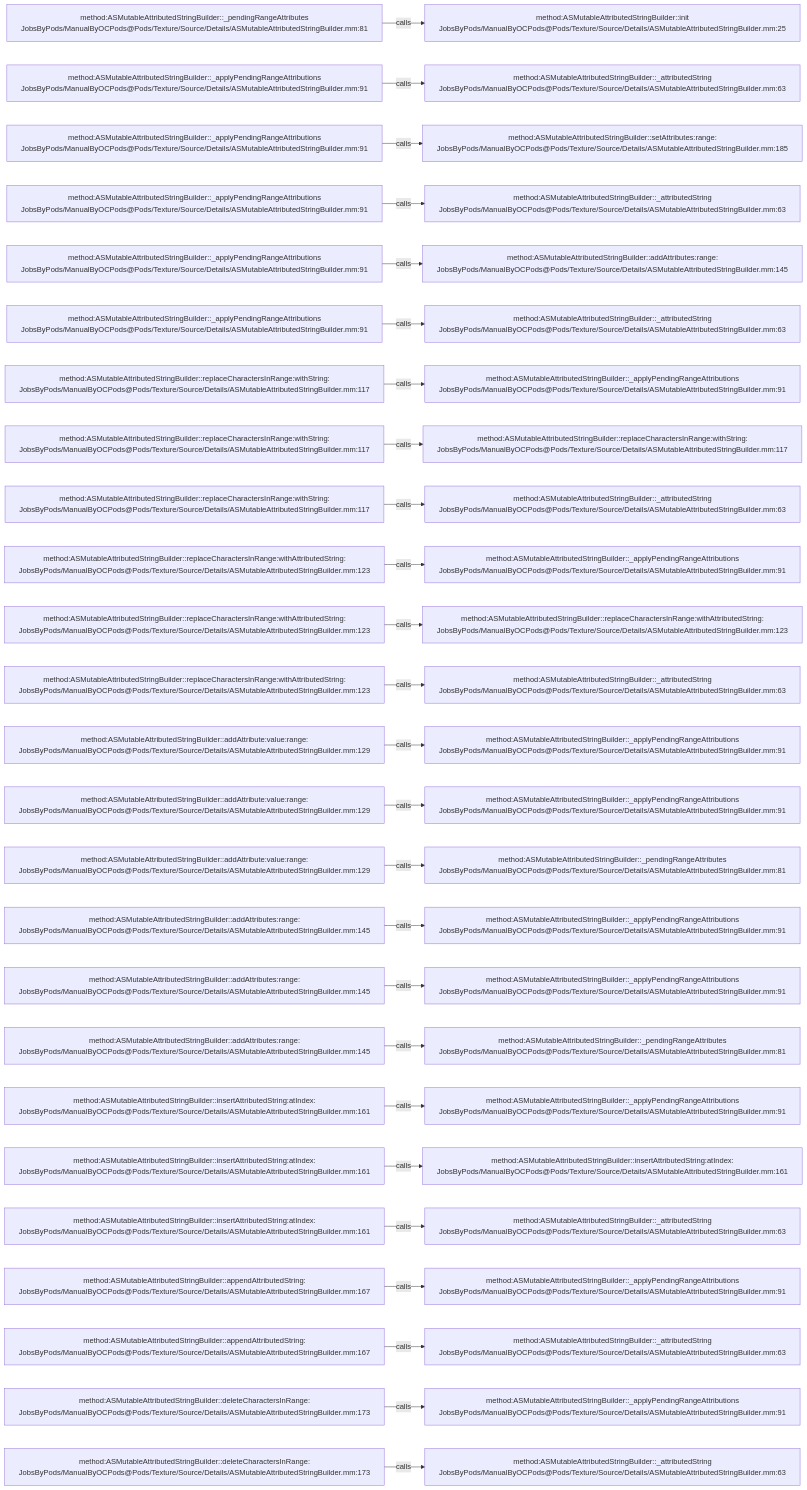
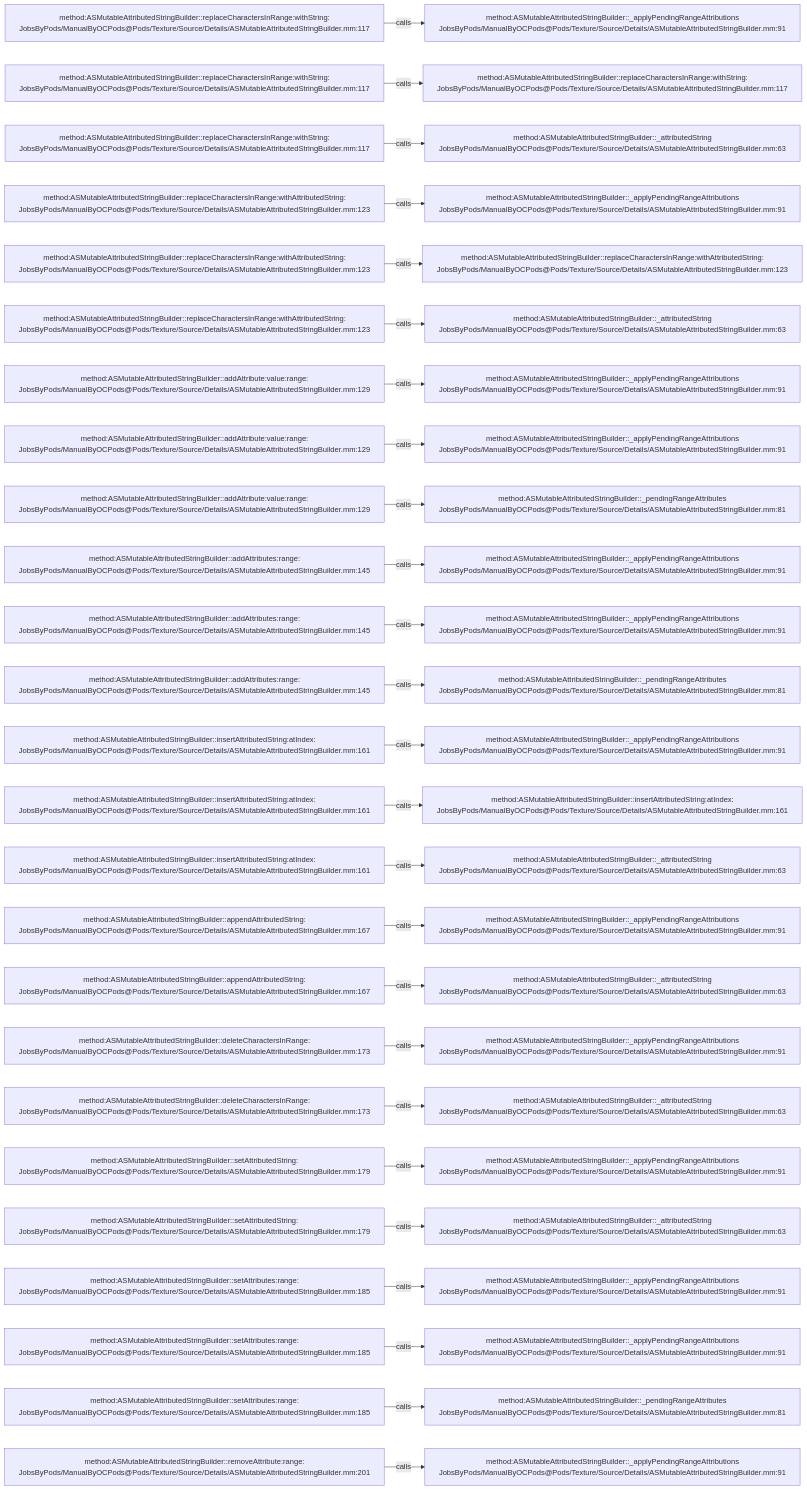
The diagram in .codegraph/codegraph.md/graphs/calls-151.md (JobsKits/JobsOCBaseConfigDemo), drawn with Mermaid before and after one commit. The commit also changed 666 other files, not shown here.

````diff
--- a/.codegraph/codegraph.md/graphs/calls-151.md
+++ b/.codegraph/codegraph.md/graphs/calls-151.md
@@ -13,78 +13,78 @@
 ```mermaid
 flowchart LR
-  S1["method:ASMutableAttributedStringBuilder::_pendingRangeAttributes<br/>JobsByPods/ManualByOCPods@Pods/Texture/Source/Details/ASMutableAttributedStringBuilder.mm:81"]
-  T1["method:ASMutableAttributedStringBuilder::init<br/>JobsByPods/ManualByOCPods@Pods/Texture/Source/Details/ASMutableAttributedStringBuilder.mm:25"]
+  S1["method:ASMutableAttributedStringBuilder::replaceCharactersInRange:withString:<br/>JobsByPods/ManualByOCPods@Pods/Texture/Source/Details/ASMutableAttributedStringBuilder.mm:117"]
+  T1["method:ASMutableAttributedStringBuilder::_applyPendingRangeAttributions<br/>JobsByPods/ManualByOCPods@Pods/Texture/Source/Details/ASMutableAttributedStringBuilder.mm:91"]
   S1 -->|calls| T1
-  S2["method:ASMutableAttributedStringBuilder::_applyPendingRangeAttributions<br/>JobsByPods/ManualByOCPods@Pods/Texture/Source/Details/ASMutableAttributedStringBuilder.mm:91"]
-  T2["method:ASMutableAttributedStringBuilder::_attributedString<br/>JobsByPods/ManualByOCPods@Pods/Texture/Source/Details/ASMutableAttributedStringBuilder.mm:63"]
+  S2["method:ASMutableAttributedStringBuilder::replaceCharactersInRange:withString:<br/>JobsByPods/ManualByOCPods@Pods/Texture/Source/Details/ASMutableAttributedStringBuilder.mm:117"]
+  T2["method:ASMutableAttributedStringBuilder::replaceCharactersInRange:withString:<br/>JobsByPods/ManualByOCPods@Pods/Texture/Source/Details/ASMutableAttributedStringBuilder.mm:117"]
   S2 -->|calls| T2
-  S3["method:ASMutableAttributedStringBuilder::_applyPendingRangeAttributions<br/>JobsByPods/ManualByOCPods@Pods/Texture/Source/Details/ASMutableAttributedStringBuilder.mm:91"]
-  T3["method:ASMutableAttributedStringBuilder::setAttributes:range:<br/>JobsByPods/ManualByOCPods@Pods/Texture/Source/Details/ASMutableAttributedStringBuilder.mm:185"]
+  S3["method:ASMutableAttributedStringBuilder::replaceCharactersInRange:withString:<br/>JobsByPods/ManualByOCPods@Pods/Texture/Source/Details/ASMutableAttributedStringBuilder.mm:117"]
+  T3["method:ASMutableAttributedStringBuilder::_attributedString<br/>JobsByPods/ManualByOCPods@Pods/Texture/Source/Details/ASMutableAttributedStringBuilder.mm:63"]
   S3 -->|calls| T3
-  S4["method:ASMutableAttributedStringBuilder::_applyPendingRangeAttributions<br/>JobsByPods/ManualByOCPods@Pods/Texture/Source/Details/ASMutableAttributedStringBuilder.mm:91"]
-  T4["method:ASMutableAttributedStringBuilder::_attributedString<br/>JobsByPods/ManualByOCPods@Pods/Texture/Source/Details/ASMutableAttributedStringBuilder.mm:63"]
+  S4["method:ASMutableAttributedStringBuilder::replaceCharactersInRange:withAttributedString:<br/>JobsByPods/ManualByOCPods@Pods/Texture/Source/Details/ASMutableAttributedStringBuilder.mm:123"]
+  T4["method:ASMutableAttributedStringBuilder::_applyPendingRangeAttributions<br/>JobsByPods/ManualByOCPods@Pods/Texture/Source/Details/ASMutableAttributedStringBuilder.mm:91"]
   S4 -->|calls| T4
-  S5["method:ASMutableAttributedStringBuilder::_applyPendingRangeAttributions<br/>JobsByPods/ManualByOCPods@Pods/Texture/Source/Details/ASMutableAttributedStringBuilder.mm:91"]
-  T5["method:ASMutableAttributedStringBuilder::addAttributes:range:<br/>JobsByPods/ManualByOCPods@Pods/Texture/Source/Details/ASMutableAttributedStringBuilder.mm:145"]
+  S5["method:ASMutableAttributedStringBuilder::replaceCharactersInRange:withAttributedString:<br/>JobsByPods/ManualByOCPods@Pods/Texture/Source/Details/ASMutableAttributedStringBuilder.mm:123"]
+  T5["method:ASMutableAttributedStringBuilder::replaceCharactersInRange:withAttributedString:<br/>JobsByPods/ManualByOCPods@Pods/Texture/Source/Details/ASMutableAttributedStringBuilder.mm:123"]
   S5 -->|calls| T5
-  S6["method:ASMutableAttributedStringBuilder::_applyPendingRangeAttributions<br/>JobsByPods/ManualByOCPods@Pods/Texture/Source/Details/ASMutableAttributedStringBuilder.mm:91"]
+  S6["method:ASMutableAttributedStringBuilder::replaceCharactersInRange:withAttributedString:<br/>JobsByPods/ManualByOCPods@Pods/Texture/Source/Details/ASMutableAttributedStringBuilder.mm:123"]
   T6["method:ASMutableAttributedStringBuilder::_attributedString<br/>JobsByPods/ManualByOCPods@Pods/Texture/Source/Details/ASMutableAttributedStringBuilder.mm:63"]
   S6 -->|calls| T6
-  S7["method:ASMutableAttributedStringBuilder::replaceCharactersInRange:withString:<br/>JobsByPods/ManualByOCPods@Pods/Texture/Source/Details/ASMutableAttributedStringBuilder.mm:117"]
+  S7["method:ASMutableAttributedStringBuilder::addAttribute:value:range:<br/>JobsByPods/ManualByOCPods@Pods/Texture/Source/Details/ASMutableAttributedStringBuilder.mm:129"]
   T7["method:ASMutableAttributedStringBuilder::_applyPendingRangeAttributions<br/>JobsByPods/ManualByOCPods@Pods/Texture/Source/Details/ASMutableAttributedStringBuilder.mm:91"]
   S7 -->|calls| T7
-  S8["method:ASMutableAttributedStringBuilder::replaceCharactersInRange:withString:<br/>JobsByPods/ManualByOCPods@Pods/Texture/Source/Details/ASMutableAttributedStringBuilder.mm:117"]
-  T8["method:ASMutableAttributedStringBuilder::replaceCharactersInRange:withString:<br/>JobsByPods/ManualByOCPods@Pods/Texture/Source/Details/ASMutableAttributedStringBuilder.mm:117"]
+  S8["method:ASMutableAttributedStringBuilder::addAttribute:value:range:<br/>JobsByPods/ManualByOCPods@Pods/Texture/Source/Details/ASMutableAttributedStringBuilder.mm:129"]
+  T8["method:ASMutableAttributedStringBuilder::_applyPendingRangeAttributions<br/>JobsByPods/ManualByOCPods@Pods/Texture/Source/Details/ASMutableAttributedStringBuilder.mm:91"]
   S8 -->|calls| T8
-  S9["method:ASMutableAttributedStringBuilder::replaceCharactersInRange:withString:<br/>JobsByPods/ManualByOCPods@Pods/Texture/Source/Details/ASMutableAttributedStringBuilder.mm:117"]
-  T9["method:ASMutableAttributedStringBuilder::_attributedString<br/>JobsByPods/ManualByOCPods@Pods/Texture/Source/Details/ASMutableAttributedStringBuilder.mm:63"]
+  S9["method:ASMutableAttributedStringBuilder::addAttribute:value:range:<br/>JobsByPods/ManualByOCPods@Pods/Texture/Source/Details/ASMutableAttributedStringBuilder.mm:129"]
+  T9["method:ASMutableAttributedStringBuilder::_pendingRangeAttributes<br/>JobsByPods/ManualByOCPods@Pods/Texture/Source/Details/ASMutableAttributedStringBuilder.mm:81"]
   S9 -->|calls| T9
-  S10["method:ASMutableAttributedStringBuilder::replaceCharactersInRange:withAttributedString:<br/>JobsByPods/ManualByOCPods@Pods/Texture/Source/Details/ASMutableAttributedStringBuilder.mm:123"]
+  S10["method:ASMutableAttributedStringBuilder::addAttributes:range:<br/>JobsByPods/ManualByOCPods@Pods/Texture/Source/Details/ASMutableAttributedStringBuilder.mm:145"]
   T10["method:ASMutableAttributedStringBuilder::_applyPendingRangeAttributions<br/>JobsByPods/ManualByOCPods@Pods/Texture/Source/Details/ASMutableAttributedStringBuilder.mm:91"]
   S10 -->|calls| T10
-  S11["method:ASMutableAttributedStringBuilder::replaceCharactersInRange:withAttributedString:<br/>JobsByPods/ManualByOCPods@Pods/Texture/Source/Details/ASMutableAttributedStringBuilder.mm:123"]
-  T11["method:ASMutableAttributedStringBuilder::replaceCharactersInRange:withAttributedString:<br/>JobsByPods/ManualByOCPods@Pods/Texture/Source/Details/ASMutableAttributedStringBuilder.mm:123"]
+  S11["method:ASMutableAttributedStringBuilder::addAttributes:range:<br/>JobsByPods/ManualByOCPods@Pods/Texture/Source/Details/ASMutableAttributedStringBuilder.mm:145"]
+  T11["method:ASMutableAttributedStringBuilder::_applyPendingRangeAttributions<br/>JobsByPods/ManualByOCPods@Pods/Texture/Source/Details/ASMutableAttributedStringBuilder.mm:91"]
   S11 -->|calls| T11
-  S12["method:ASMutableAttributedStringBuilder::replaceCharactersInRange:withAttributedString:<br/>JobsByPods/ManualByOCPods@Pods/Texture/Source/Details/ASMutableAttributedStringBuilder.mm:123"]
-  T12["method:ASMutableAttributedStringBuilder::_attributedString<br/>JobsByPods/ManualByOCPods@Pods/Texture/Source/Details/ASMutableAttributedStringBuilder.mm:63"]
+  S12["method:ASMutableAttributedStringBuilder::addAttributes:range:<br/>JobsByPods/ManualByOCPods@Pods/Texture/Source/Details/ASMutableAttributedStringBuilder.mm:145"]
+  T12["method:ASMutableAttributedStringBuilder::_pendingRangeAttributes<br/>JobsByPods/ManualByOCPods@Pods/Texture/Source/Details/ASMutableAttributedStringBuilder.mm:81"]
   S12 -->|calls| T12
-  S13["method:ASMutableAttributedStringBuilder::addAttribute:value:range:<br/>JobsByPods/ManualByOCPods@Pods/Texture/Source/Details/ASMutableAttributedStringBuilder.mm:129"]
+  S13["method:ASMutableAttributedStringBuilder::insertAttributedString:atIndex:<br/>JobsByPods/ManualByOCPods@Pods/Texture/Source/Details/ASMutableAttributedStringBuilder.mm:161"]
   T13["method:ASMutableAttributedStringBuilder::_applyPendingRangeAttributions<br/>JobsByPods/ManualByOCPods@Pods/Texture/Source/Details/ASMutableAttributedStringBuilder.mm:91"]
   S13 -->|calls| T13
-  S14["method:ASMutableAttributedStringBuilder::addAttribute:value:range:<br/>JobsByPods/ManualByOCPods@Pods/Texture/Source/Details/ASMutableAttributedStringBuilder.mm:129"]
-  T14["method:ASMutableAttributedStringBuilder::_applyPendingRangeAttributions<br/>JobsByPods/ManualByOCPods@Pods/Texture/Source/Details/ASMutableAttributedStringBuilder.mm:91"]
+  S14["method:ASMutableAttributedStringBuilder::insertAttributedString:atIndex:<br/>JobsByPods/ManualByOCPods@Pods/Texture/Source/Details/ASMutableAttributedStringBuilder.mm:161"]
+  T14["method:ASMutableAttributedStringBuilder::insertAttributedString:atIndex:<br/>JobsByPods/ManualByOCPods@Pods/Texture/Source/Details/ASMutableAttributedStringBuilder.mm:161"]
   S14 -->|calls| T14
-  S15["method:ASMutableAttributedStringBuilder::addAttribute:value:range:<br/>JobsByPods/ManualByOCPods@Pods/Texture/Source/Details/ASMutableAttributedStringBuilder.mm:129"]
-  T15["method:ASMutableAttributedStringBuilder::_pendingRangeAttributes<br/>JobsByPods/ManualByOCPods@Pods/Texture/Source/Details/ASMutableAttributedStringBuilder.mm:81"]
+  S15["method:ASMutableAttributedStringBuilder::insertAttributedString:atIndex:<br/>JobsByPods/ManualByOCPods@Pods/Texture/Source/Details/ASMutableAttributedStringBuilder.mm:161"]
+  T15["method:ASMutableAttributedStringBuilder::_attributedString<br/>JobsByPods/ManualByOCPods@Pods/Texture/Source/Details/ASMutableAttributedStringBuilder.mm:63"]
   S15 -->|calls| T15
-  S16["method:ASMutableAttributedStringBuilder::addAttributes:range:<br/>JobsByPods/ManualByOCPods@Pods/Texture/Source/Details/ASMutableAttributedStringBuilder.mm:145"]
+  S16["method:ASMutableAttributedStringBuilder::appendAttributedString:<br/>JobsByPods/ManualByOCPods@Pods/Texture/Source/Details/ASMutableAttributedStringBuilder.mm:167"]
   T16["method:ASMutableAttributedStringBuilder::_applyPendingRangeAttributions<br/>JobsByPods/ManualByOCPods@Pods/Texture/Source/Details/ASMutableAttributedStringBuilder.mm:91"]
   S16 -->|calls| T16
-  S17["method:ASMutableAttributedStringBuilder::addAttributes:range:<br/>JobsByPods/ManualByOCPods@Pods/Texture/Source/Details/ASMutableAttributedStringBuilder.mm:145"]
-  T17["method:ASMutableAttributedStringBuilder::_applyPendingRangeAttributions<br/>JobsByPods/ManualByOCPods@Pods/Texture/Source/Details/ASMutableAttributedStringBuilder.mm:91"]
+  S17["method:ASMutableAttributedStringBuilder::appendAttributedString:<br/>JobsByPods/ManualByOCPods@Pods/Texture/Source/Details/ASMutableAttributedStringBuilder.mm:167"]
+  T17["method:ASMutableAttributedStringBuilder::_attributedString<br/>JobsByPods/ManualByOCPods@Pods/Texture/Source/Details/ASMutableAttributedStringBuilder.mm:63"]
   S17 -->|calls| T17
-  S18["method:ASMutableAttributedStringBuilder::addAttributes:range:<br/>JobsByPods/ManualByOCPods@Pods/Texture/Source/Details/ASMutableAttributedStringBuilder.mm:145"]
-  T18["method:ASMutableAttributedStringBuilder::_pendingRangeAttributes<br/>JobsByPods/ManualByOCPods@Pods/Texture/Source/Details/ASMutableAttributedStringBuilder.mm:81"]
+  S18["method:ASMutableAttributedStringBuilder::deleteCharactersInRange:<br/>JobsByPods/ManualByOCPods@Pods/Texture/Source/Details/ASMutableAttributedStringBuilder.mm:173"]
+  T18["method:ASMutableAttributedStringBuilder::_applyPendingRangeAttributions<br/>JobsByPods/ManualByOCPods@Pods/Texture/Source/Details/ASMutableAttributedStringBuilder.mm:91"]
   S18 -->|calls| T18
-  S19["method:ASMutableAttributedStringBuilder::insertAttributedString:atIndex:<br/>JobsByPods/ManualByOCPods@Pods/Texture/Source/Details/ASMutableAttributedStringBuilder.mm:161"]
-  T19["method:ASMutableAttributedStringBuilder::_applyPendingRangeAttributions<br/>JobsByPods/ManualByOCPods@Pods/Texture/Source/Details/ASMutableAttributedStringBuilder.mm:91"]
+  S19["method:ASMutableAttributedStringBuilder::deleteCharactersInRange:<br/>JobsByPods/ManualByOCPods@Pods/Texture/Source/Details/ASMutableAttributedStringBuilder.mm:173"]
+  T19["method:ASMutableAttributedStringBuilder::_attributedString<br/>JobsByPods/ManualByOCPods@Pods/Texture/Source/Details/ASMutableAttributedStringBuilder.mm:63"]
   S19 -->|calls| T19
-  S20["method:ASMutableAttributedStringBuilder::insertAttributedString:atIndex:<br/>JobsByPods/ManualByOCPods@Pods/Texture/Source/Details/ASMutableAttributedStringBuilder.mm:161"]
-  T20["method:ASMutableAttributedStringBuilder::insertAttributedString:atIndex:<br/>JobsByPods/ManualByOCPods@Pods/Texture/Source/Details/ASMutableAttributedStringBuilder.mm:161"]
+  S20["method:ASMutableAttributedStringBuilder::setAttributedString:<br/>JobsByPods/ManualByOCPods@Pods/Texture/Source/Details/ASMutableAttributedStringBuilder.mm:179"]
+  T20["method:ASMutableAttributedStringBuilder::_applyPendingRangeAttributions<br/>JobsByPods/ManualByOCPods@Pods/Texture/Source/Details/ASMutableAttributedStringBuilder.mm:91"]
   S20 -->|calls| T20
-  S21["method:ASMutableAttributedStringBuilder::insertAttributedString:atIndex:<br/>JobsByPods/ManualByOCPods@Pods/Texture/Source/Details/ASMutableAttributedStringBuilder.mm:161"]
+  S21["method:ASMutableAttributedStringBuilder::setAttributedString:<br/>JobsByPods/ManualByOCPods@Pods/Texture/Source/Details/ASMutableAttributedStringBuilder.mm:179"]
   T21["method:ASMutableAttributedStringBuilder::_attributedString<br/>JobsByPods/ManualByOCPods@Pods/Texture/Source/Details/ASMutableAttributedStringBuilder.mm:63"]
   S21 -->|calls| T21
-  S22["method:ASMutableAttributedStringBuilder::appendAttributedString:<br/>JobsByPods/ManualByOCPods@Pods/Texture/Source/Details/ASMutableAttributedStringBuilder.mm:167"]
+  S22["method:ASMutableAttributedStringBuilder::setAttributes:range:<br/>JobsByPods/ManualByOCPods@Pods/Texture/Source/Details/ASMutableAttributedStringBuilder.mm:185"]
   T22["method:ASMutableAttributedStringBuilder::_applyPendingRangeAttributions<br/>JobsByPods/ManualByOCPods@Pods/Texture/Source/Details/ASMutableAttributedStringBuilder.mm:91"]
   S22 -->|calls| T22
-  S23["method:ASMutableAttributedStringBuilder::appendAttributedString:<br/>JobsByPods/ManualByOCPods@Pods/Texture/Source/Details/ASMutableAttributedStringBuilder.mm:167"]
-  T23["method:ASMutableAttributedStringBuilder::_attributedString<br/>JobsByPods/ManualByOCPods@Pods/Texture/Source/Details/ASMutableAttributedStringBuilder.mm:63"]
+  S23["method:ASMutableAttributedStringBuilder::setAttributes:range:<br/>JobsByPods/ManualByOCPods@Pods/Texture/Source/Details/ASMutableAttributedStringBuilder.mm:185"]
+  T23["method:ASMutableAttributedStringBuilder::_applyPendingRangeAttributions<br/>JobsByPods/ManualByOCPods@Pods/Texture/Source/Details/ASMutableAttributedStringBuilder.mm:91"]
   S23 -->|calls| T23
-  S24["method:ASMutableAttributedStringBuilder::deleteCharactersInRange:<br/>JobsByPods/ManualByOCPods@Pods/Texture/Source/Details/ASMutableAttributedStringBuilder.mm:173"]
-  T24["method:ASMutableAttributedStringBuilder::_applyPendingRangeAttributions<br/>JobsByPods/ManualByOCPods@Pods/Texture/Source/Details/ASMutableAttributedStringBuilder.mm:91"]
+  S24["method:ASMutableAttributedStringBuilder::setAttributes:range:<br/>JobsByPods/ManualByOCPods@Pods/Texture/Source/Details/ASMutableAttributedStringBuilder.mm:185"]
+  T24["method:ASMutableAttributedStringBuilder::_pendingRangeAttributes<br/>JobsByPods/ManualByOCPods@Pods/Texture/Source/Details/ASMutableAttributedStringBuilder.mm:81"]
   S24 -->|calls| T24
-  S25["method:ASMutableAttributedStringBuilder::deleteCharactersInRange:<br/>JobsByPods/ManualByOCPods@Pods/Texture/Source/Details/ASMutableAttributedStringBuilder.mm:173"]
-  T25["method:ASMutableAttributedStringBuilder::_attributedString<br/>JobsByPods/ManualByOCPods@Pods/Texture/Source/Details/ASMutableAttributedStringBuilder.mm:63"]
+  S25["method:ASMutableAttributedStringBuilder::removeAttribute:range:<br/>JobsByPods/ManualByOCPods@Pods/Texture/Source/Details/ASMutableAttributedStringBuilder.mm:201"]
+  T25["method:ASMutableAttributedStringBuilder::_applyPendingRangeAttributions<br/>JobsByPods/ManualByOCPods@Pods/Texture/Source/Details/ASMutableAttributedStringBuilder.mm:91"]
   S25 -->|calls| T25
 ```
````
